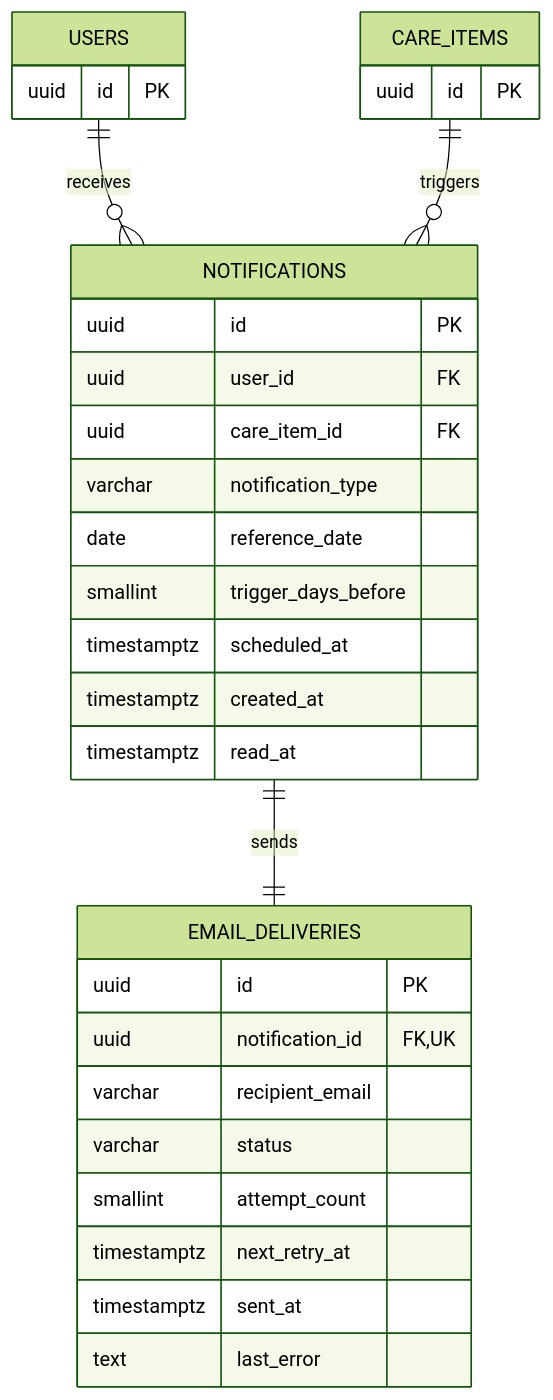
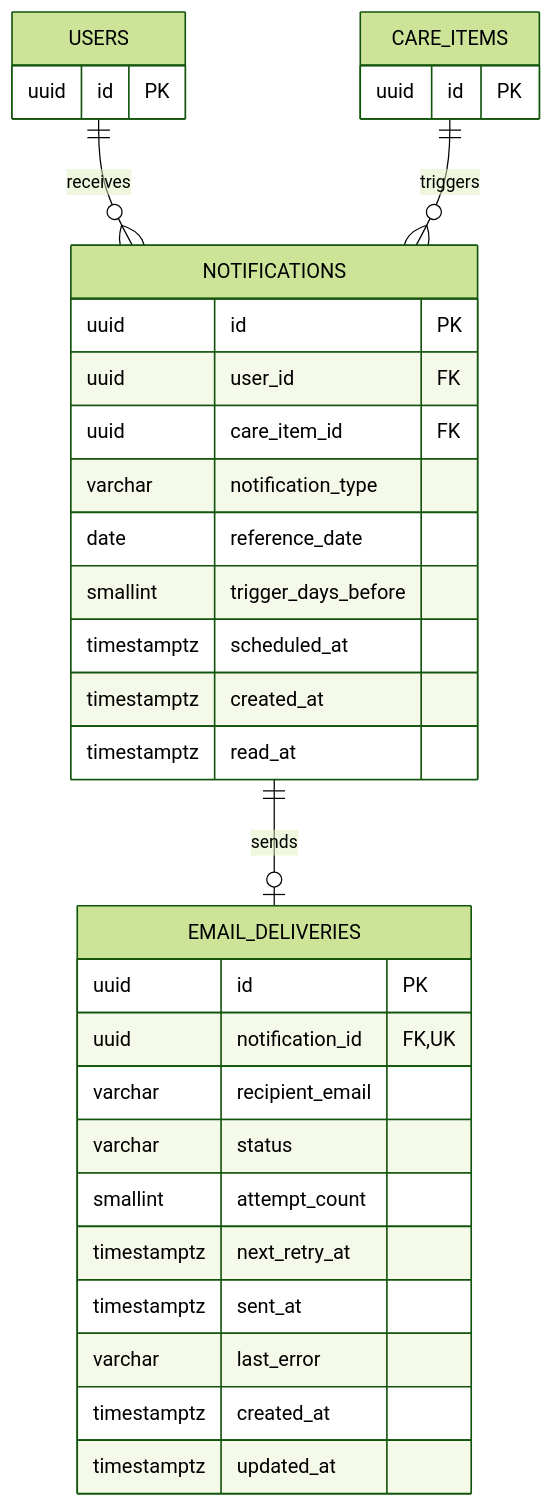
One commit to Pilot-project-python5/backend changed the fourth of 4 diagrams in docs/architecture/erd.md. Above: the diagram before and after it, drawn with Mermaid (forest theme). The commit also changed other lines of this file and 28 other files, not shown here.

````diff
--- a/docs/architecture/erd.md
+++ b/docs/architecture/erd.md
@@ -395,37 +395,39 @@
 ```mermaid
 erDiagram
     USERS ||--o{ NOTIFICATIONS : receives
     CARE_ITEMS ||--o{ NOTIFICATIONS : triggers
-    NOTIFICATIONS ||--|| EMAIL_DELIVERIES : sends
+    NOTIFICATIONS ||--o| EMAIL_DELIVERIES : sends
 
     USERS {
         uuid id PK
     }
 
     CARE_ITEMS {
         uuid id PK
     }
 
     NOTIFICATIONS {
         uuid id PK
         uuid user_id FK
         uuid care_item_id FK
         varchar notification_type
         date reference_date
         smallint trigger_days_before
         timestamptz scheduled_at
         timestamptz created_at
         timestamptz read_at
     }
 
     EMAIL_DELIVERIES {
         uuid id PK
         uuid notification_id FK,UK
         varchar recipient_email
         varchar status
         smallint attempt_count
         timestamptz next_retry_at
         timestamptz sent_at
-        text last_error
+        varchar last_error
+        timestamptz created_at
+        timestamptz updated_at
     }
 ```
````
